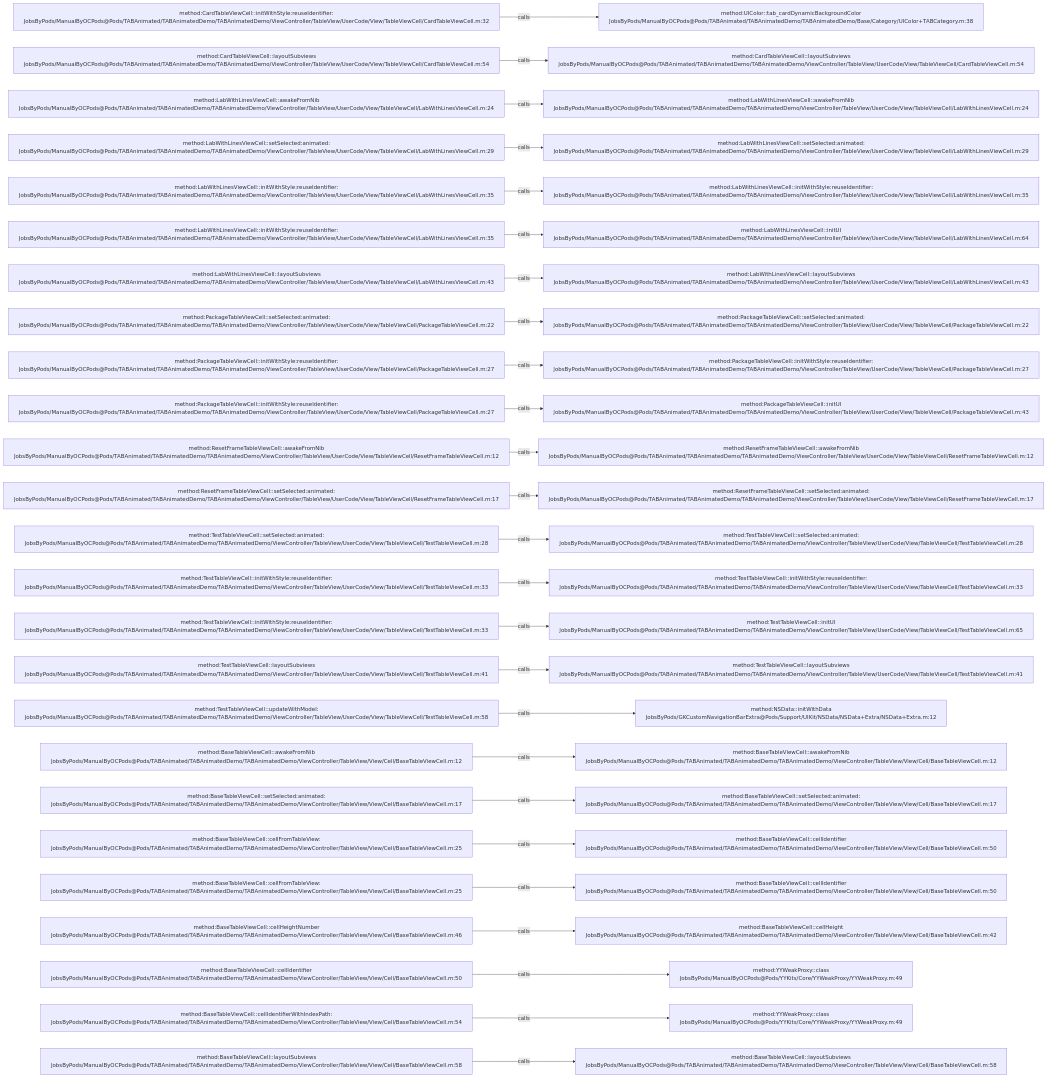
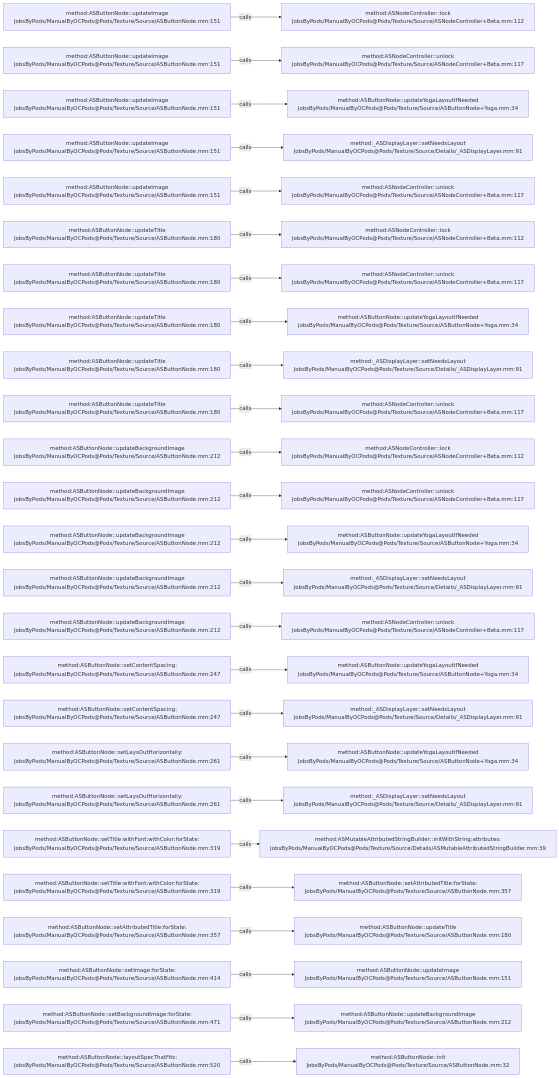
Before and after one commit to JobsKits/JobsOCBaseConfigDemo: the diagram in .codegraph/codegraph.md/graphs/calls-064.md, drawn with Mermaid. The commit also changed 1448 other files, not shown here.

````diff
--- a/.codegraph/codegraph.md/graphs/calls-064.md
+++ b/.codegraph/codegraph.md/graphs/calls-064.md
@@ -13,78 +13,78 @@
 ```mermaid
 flowchart LR
-  S1["method:CardTableViewCell::initWithStyle:reuseIdentifier:<br/>JobsByPods/ManualByOCPods@Pods/TABAnimated/TABAnimatedDemo/TABAnimatedDemo/ViewController/TableView/UserCode/View/TableViewCell/CardTableViewCell.m:32"]
-  T1["method:UIColor::tab_cardDynamicBackgroundColor<br/>JobsByPods/ManualByOCPods@Pods/TABAnimated/TABAnimatedDemo/TABAnimatedDemo/Base/Category/UIColor+TABCategory.m:38"]
+  S1["method:ASButtonNode::updateImage<br/>JobsByPods/ManualByOCPods@Pods/Texture/Source/ASButtonNode.mm:151"]
+  T1["method:ASNodeController::lock<br/>JobsByPods/ManualByOCPods@Pods/Texture/Source/ASNodeController+Beta.mm:112"]
   S1 -->|calls| T1
-  S2["method:CardTableViewCell::layoutSubviews<br/>JobsByPods/ManualByOCPods@Pods/TABAnimated/TABAnimatedDemo/TABAnimatedDemo/ViewController/TableView/UserCode/View/TableViewCell/CardTableViewCell.m:54"]
-  T2["method:CardTableViewCell::layoutSubviews<br/>JobsByPods/ManualByOCPods@Pods/TABAnimated/TABAnimatedDemo/TABAnimatedDemo/ViewController/TableView/UserCode/View/TableViewCell/CardTableViewCell.m:54"]
+  S2["method:ASButtonNode::updateImage<br/>JobsByPods/ManualByOCPods@Pods/Texture/Source/ASButtonNode.mm:151"]
+  T2["method:ASNodeController::unlock<br/>JobsByPods/ManualByOCPods@Pods/Texture/Source/ASNodeController+Beta.mm:117"]
   S2 -->|calls| T2
-  S3["method:LabWithLinesViewCell::awakeFromNib<br/>JobsByPods/ManualByOCPods@Pods/TABAnimated/TABAnimatedDemo/TABAnimatedDemo/ViewController/TableView/UserCode/View/TableViewCell/LabWithLinesViewCell.m:24"]
-  T3["method:LabWithLinesViewCell::awakeFromNib<br/>JobsByPods/ManualByOCPods@Pods/TABAnimated/TABAnimatedDemo/TABAnimatedDemo/ViewController/TableView/UserCode/View/TableViewCell/LabWithLinesViewCell.m:24"]
+  S3["method:ASButtonNode::updateImage<br/>JobsByPods/ManualByOCPods@Pods/Texture/Source/ASButtonNode.mm:151"]
+  T3["method:ASButtonNode::updateYogaLayoutIfNeeded<br/>JobsByPods/ManualByOCPods@Pods/Texture/Source/ASButtonNode+Yoga.mm:34"]
   S3 -->|calls| T3
-  S4["method:LabWithLinesViewCell::setSelected:animated:<br/>JobsByPods/ManualByOCPods@Pods/TABAnimated/TABAnimatedDemo/TABAnimatedDemo/ViewController/TableView/UserCode/View/TableViewCell/LabWithLinesViewCell.m:29"]
-  T4["method:LabWithLinesViewCell::setSelected:animated:<br/>JobsByPods/ManualByOCPods@Pods/TABAnimated/TABAnimatedDemo/TABAnimatedDemo/ViewController/TableView/UserCode/View/TableViewCell/LabWithLinesViewCell.m:29"]
+  S4["method:ASButtonNode::updateImage<br/>JobsByPods/ManualByOCPods@Pods/Texture/Source/ASButtonNode.mm:151"]
+  T4["method:_ASDisplayLayer::setNeedsLayout<br/>JobsByPods/ManualByOCPods@Pods/Texture/Source/Details/_ASDisplayLayer.mm:91"]
   S4 -->|calls| T4
-  S5["method:LabWithLinesViewCell::initWithStyle:reuseIdentifier:<br/>JobsByPods/ManualByOCPods@Pods/TABAnimated/TABAnimatedDemo/TABAnimatedDemo/ViewController/TableView/UserCode/View/TableViewCell/LabWithLinesViewCell.m:35"]
-  T5["method:LabWithLinesViewCell::initWithStyle:reuseIdentifier:<br/>JobsByPods/ManualByOCPods@Pods/TABAnimated/TABAnimatedDemo/TABAnimatedDemo/ViewController/TableView/UserCode/View/TableViewCell/LabWithLinesViewCell.m:35"]
+  S5["method:ASButtonNode::updateImage<br/>JobsByPods/ManualByOCPods@Pods/Texture/Source/ASButtonNode.mm:151"]
+  T5["method:ASNodeController::unlock<br/>JobsByPods/ManualByOCPods@Pods/Texture/Source/ASNodeController+Beta.mm:117"]
   S5 -->|calls| T5
-  S6["method:LabWithLinesViewCell::initWithStyle:reuseIdentifier:<br/>JobsByPods/ManualByOCPods@Pods/TABAnimated/TABAnimatedDemo/TABAnimatedDemo/ViewController/TableView/UserCode/View/TableViewCell/LabWithLinesViewCell.m:35"]
-  T6["method:LabWithLinesViewCell::initUI<br/>JobsByPods/ManualByOCPods@Pods/TABAnimated/TABAnimatedDemo/TABAnimatedDemo/ViewController/TableView/UserCode/View/TableViewCell/LabWithLinesViewCell.m:64"]
+  S6["method:ASButtonNode::updateTitle<br/>JobsByPods/ManualByOCPods@Pods/Texture/Source/ASButtonNode.mm:180"]
+  T6["method:ASNodeController::lock<br/>JobsByPods/ManualByOCPods@Pods/Texture/Source/ASNodeController+Beta.mm:112"]
   S6 -->|calls| T6
-  S7["method:LabWithLinesViewCell::layoutSubviews<br/>JobsByPods/ManualByOCPods@Pods/TABAnimated/TABAnimatedDemo/TABAnimatedDemo/ViewController/TableView/UserCode/View/TableViewCell/LabWithLinesViewCell.m:43"]
-  T7["method:LabWithLinesViewCell::layoutSubviews<br/>JobsByPods/ManualByOCPods@Pods/TABAnimated/TABAnimatedDemo/TABAnimatedDemo/ViewController/TableView/UserCode/View/TableViewCell/LabWithLinesViewCell.m:43"]
+  S7["method:ASButtonNode::updateTitle<br/>JobsByPods/ManualByOCPods@Pods/Texture/Source/ASButtonNode.mm:180"]
+  T7["method:ASNodeController::unlock<br/>JobsByPods/ManualByOCPods@Pods/Texture/Source/ASNodeController+Beta.mm:117"]
   S7 -->|calls| T7
-  S8["method:PackageTableViewCell::setSelected:animated:<br/>JobsByPods/ManualByOCPods@Pods/TABAnimated/TABAnimatedDemo/TABAnimatedDemo/ViewController/TableView/UserCode/View/TableViewCell/PackageTableViewCell.m:22"]
-  T8["method:PackageTableViewCell::setSelected:animated:<br/>JobsByPods/ManualByOCPods@Pods/TABAnimated/TABAnimatedDemo/TABAnimatedDemo/ViewController/TableView/UserCode/View/TableViewCell/PackageTableViewCell.m:22"]
+  S8["method:ASButtonNode::updateTitle<br/>JobsByPods/ManualByOCPods@Pods/Texture/Source/ASButtonNode.mm:180"]
+  T8["method:ASButtonNode::updateYogaLayoutIfNeeded<br/>JobsByPods/ManualByOCPods@Pods/Texture/Source/ASButtonNode+Yoga.mm:34"]
   S8 -->|calls| T8
-  S9["method:PackageTableViewCell::initWithStyle:reuseIdentifier:<br/>JobsByPods/ManualByOCPods@Pods/TABAnimated/TABAnimatedDemo/TABAnimatedDemo/ViewController/TableView/UserCode/View/TableViewCell/PackageTableViewCell.m:27"]
-  T9["method:PackageTableViewCell::initWithStyle:reuseIdentifier:<br/>JobsByPods/ManualByOCPods@Pods/TABAnimated/TABAnimatedDemo/TABAnimatedDemo/ViewController/TableView/UserCode/View/TableViewCell/PackageTableViewCell.m:27"]
+  S9["method:ASButtonNode::updateTitle<br/>JobsByPods/ManualByOCPods@Pods/Texture/Source/ASButtonNode.mm:180"]
+  T9["method:_ASDisplayLayer::setNeedsLayout<br/>JobsByPods/ManualByOCPods@Pods/Texture/Source/Details/_ASDisplayLayer.mm:91"]
   S9 -->|calls| T9
-  S10["method:PackageTableViewCell::initWithStyle:reuseIdentifier:<br/>JobsByPods/ManualByOCPods@Pods/TABAnimated/TABAnimatedDemo/TABAnimatedDemo/ViewController/TableView/UserCode/View/TableViewCell/PackageTableViewCell.m:27"]
-  T10["method:PackageTableViewCell::initUI<br/>JobsByPods/ManualByOCPods@Pods/TABAnimated/TABAnimatedDemo/TABAnimatedDemo/ViewController/TableView/UserCode/View/TableViewCell/PackageTableViewCell.m:43"]
+  S10["method:ASButtonNode::updateTitle<br/>JobsByPods/ManualByOCPods@Pods/Texture/Source/ASButtonNode.mm:180"]
+  T10["method:ASNodeController::unlock<br/>JobsByPods/ManualByOCPods@Pods/Texture/Source/ASNodeController+Beta.mm:117"]
   S10 -->|calls| T10
-  S11["method:ResetFrameTableViewCell::awakeFromNib<br/>JobsByPods/ManualByOCPods@Pods/TABAnimated/TABAnimatedDemo/TABAnimatedDemo/ViewController/TableView/UserCode/View/TableViewCell/ResetFrameTableViewCell.m:12"]
-  T11["method:ResetFrameTableViewCell::awakeFromNib<br/>JobsByPods/ManualByOCPods@Pods/TABAnimated/TABAnimatedDemo/TABAnimatedDemo/ViewController/TableView/UserCode/View/TableViewCell/ResetFrameTableViewCell.m:12"]
+  S11["method:ASButtonNode::updateBackgroundImage<br/>JobsByPods/ManualByOCPods@Pods/Texture/Source/ASButtonNode.mm:212"]
+  T11["method:ASNodeController::lock<br/>JobsByPods/ManualByOCPods@Pods/Texture/Source/ASNodeController+Beta.mm:112"]
   S11 -->|calls| T11
-  S12["method:ResetFrameTableViewCell::setSelected:animated:<br/>JobsByPods/ManualByOCPods@Pods/TABAnimated/TABAnimatedDemo/TABAnimatedDemo/ViewController/TableView/UserCode/View/TableViewCell/ResetFrameTableViewCell.m:17"]
-  T12["method:ResetFrameTableViewCell::setSelected:animated:<br/>JobsByPods/ManualByOCPods@Pods/TABAnimated/TABAnimatedDemo/TABAnimatedDemo/ViewController/TableView/UserCode/View/TableViewCell/ResetFrameTableViewCell.m:17"]
+  S12["method:ASButtonNode::updateBackgroundImage<br/>JobsByPods/ManualByOCPods@Pods/Texture/Source/ASButtonNode.mm:212"]
+  T12["method:ASNodeController::unlock<br/>JobsByPods/ManualByOCPods@Pods/Texture/Source/ASNodeController+Beta.mm:117"]
   S12 -->|calls| T12
-  S13["method:TestTableViewCell::setSelected:animated:<br/>JobsByPods/ManualByOCPods@Pods/TABAnimated/TABAnimatedDemo/TABAnimatedDemo/ViewController/TableView/UserCode/View/TableViewCell/TestTableViewCell.m:28"]
-  T13["method:TestTableViewCell::setSelected:animated:<br/>JobsByPods/ManualByOCPods@Pods/TABAnimated/TABAnimatedDemo/TABAnimatedDemo/ViewController/TableView/UserCode/View/TableViewCell/TestTableViewCell.m:28"]
+  S13["method:ASButtonNode::updateBackgroundImage<br/>JobsByPods/ManualByOCPods@Pods/Texture/Source/ASButtonNode.mm:212"]
+  T13["method:ASButtonNode::updateYogaLayoutIfNeeded<br/>JobsByPods/ManualByOCPods@Pods/Texture/Source/ASButtonNode+Yoga.mm:34"]
   S13 -->|calls| T13
-  S14["method:TestTableViewCell::initWithStyle:reuseIdentifier:<br/>JobsByPods/ManualByOCPods@Pods/TABAnimated/TABAnimatedDemo/TABAnimatedDemo/ViewController/TableView/UserCode/View/TableViewCell/TestTableViewCell.m:33"]
-  T14["method:TestTableViewCell::initWithStyle:reuseIdentifier:<br/>JobsByPods/ManualByOCPods@Pods/TABAnimated/TABAnimatedDemo/TABAnimatedDemo/ViewController/TableView/UserCode/View/TableViewCell/TestTableViewCell.m:33"]
+  S14["method:ASButtonNode::updateBackgroundImage<br/>JobsByPods/ManualByOCPods@Pods/Texture/Source/ASButtonNode.mm:212"]
+  T14["method:_ASDisplayLayer::setNeedsLayout<br/>JobsByPods/ManualByOCPods@Pods/Texture/Source/Details/_ASDisplayLayer.mm:91"]
   S14 -->|calls| T14
-  S15["method:TestTableViewCell::initWithStyle:reuseIdentifier:<br/>JobsByPods/ManualByOCPods@Pods/TABAnimated/TABAnimatedDemo/TABAnimatedDemo/ViewController/TableView/UserCode/View/TableViewCell/TestTableViewCell.m:33"]
-  T15["method:TestTableViewCell::initUI<br/>JobsByPods/ManualByOCPods@Pods/TABAnimated/TABAnimatedDemo/TABAnimatedDemo/ViewController/TableView/UserCode/View/TableViewCell/TestTableViewCell.m:65"]
+  S15["method:ASButtonNode::updateBackgroundImage<br/>JobsByPods/ManualByOCPods@Pods/Texture/Source/ASButtonNode.mm:212"]
+  T15["method:ASNodeController::unlock<br/>JobsByPods/ManualByOCPods@Pods/Texture/Source/ASNodeController+Beta.mm:117"]
   S15 -->|calls| T15
-  S16["method:TestTableViewCell::layoutSubviews<br/>JobsByPods/ManualByOCPods@Pods/TABAnimated/TABAnimatedDemo/TABAnimatedDemo/ViewController/TableView/UserCode/View/TableViewCell/TestTableViewCell.m:41"]
-  T16["method:TestTableViewCell::layoutSubviews<br/>JobsByPods/ManualByOCPods@Pods/TABAnimated/TABAnimatedDemo/TABAnimatedDemo/ViewController/TableView/UserCode/View/TableViewCell/TestTableViewCell.m:41"]
+  S16["method:ASButtonNode::setContentSpacing:<br/>JobsByPods/ManualByOCPods@Pods/Texture/Source/ASButtonNode.mm:247"]
+  T16["method:ASButtonNode::updateYogaLayoutIfNeeded<br/>JobsByPods/ManualByOCPods@Pods/Texture/Source/ASButtonNode+Yoga.mm:34"]
   S16 -->|calls| T16
-  S17["method:TestTableViewCell::updateWithModel:<br/>JobsByPods/ManualByOCPods@Pods/TABAnimated/TABAnimatedDemo/TABAnimatedDemo/ViewController/TableView/UserCode/View/TableViewCell/TestTableViewCell.m:58"]
-  T17["method:NSData::initWithData<br/>JobsByPods/GKCustomNavigationBarExtra@Pods/Support/UIKit/NSData/NSData+Extra/NSData+Extra.m:12"]
+  S17["method:ASButtonNode::setContentSpacing:<br/>JobsByPods/ManualByOCPods@Pods/Texture/Source/ASButtonNode.mm:247"]
+  T17["method:_ASDisplayLayer::setNeedsLayout<br/>JobsByPods/ManualByOCPods@Pods/Texture/Source/Details/_ASDisplayLayer.mm:91"]
   S17 -->|calls| T17
-  S18["method:BaseTableViewCell::awakeFromNib<br/>JobsByPods/ManualByOCPods@Pods/TABAnimated/TABAnimatedDemo/TABAnimatedDemo/ViewController/TableView/View/Cell/BaseTableViewCell.m:12"]
-  T18["method:BaseTableViewCell::awakeFromNib<br/>JobsByPods/ManualByOCPods@Pods/TABAnimated/TABAnimatedDemo/TABAnimatedDemo/ViewController/TableView/View/Cell/BaseTableViewCell.m:12"]
+  S18["method:ASButtonNode::setLaysOutHorizontally:<br/>JobsByPods/ManualByOCPods@Pods/Texture/Source/ASButtonNode.mm:261"]
+  T18["method:ASButtonNode::updateYogaLayoutIfNeeded<br/>JobsByPods/ManualByOCPods@Pods/Texture/Source/ASButtonNode+Yoga.mm:34"]
   S18 -->|calls| T18
-  S19["method:BaseTableViewCell::setSelected:animated:<br/>JobsByPods/ManualByOCPods@Pods/TABAnimated/TABAnimatedDemo/TABAnimatedDemo/ViewController/TableView/View/Cell/BaseTableViewCell.m:17"]
-  T19["method:BaseTableViewCell::setSelected:animated:<br/>JobsByPods/ManualByOCPods@Pods/TABAnimated/TABAnimatedDemo/TABAnimatedDemo/ViewController/TableView/View/Cell/BaseTableViewCell.m:17"]
+  S19["method:ASButtonNode::setLaysOutHorizontally:<br/>JobsByPods/ManualByOCPods@Pods/Texture/Source/ASButtonNode.mm:261"]
+  T19["method:_ASDisplayLayer::setNeedsLayout<br/>JobsByPods/ManualByOCPods@Pods/Texture/Source/Details/_ASDisplayLayer.mm:91"]
   S19 -->|calls| T19
-  S20["method:BaseTableViewCell::cellFromTableView:<br/>JobsByPods/ManualByOCPods@Pods/TABAnimated/TABAnimatedDemo/TABAnimatedDemo/ViewController/TableView/View/Cell/BaseTableViewCell.m:25"]
-  T20["method:BaseTableViewCell::cellIdentifier<br/>JobsByPods/ManualByOCPods@Pods/TABAnimated/TABAnimatedDemo/TABAnimatedDemo/ViewController/TableView/View/Cell/BaseTableViewCell.m:50"]
+  S20["method:ASButtonNode::setTitle:withFont:withColor:forState:<br/>JobsByPods/ManualByOCPods@Pods/Texture/Source/ASButtonNode.mm:319"]
+  T20["method:ASMutableAttributedStringBuilder::initWithString:attributes:<br/>JobsByPods/ManualByOCPods@Pods/Texture/Source/Details/ASMutableAttributedStringBuilder.mm:39"]
   S20 -->|calls| T20
-  S21["method:BaseTableViewCell::cellFromTableView:<br/>JobsByPods/ManualByOCPods@Pods/TABAnimated/TABAnimatedDemo/TABAnimatedDemo/ViewController/TableView/View/Cell/BaseTableViewCell.m:25"]
-  T21["method:BaseTableViewCell::cellIdentifier<br/>JobsByPods/ManualByOCPods@Pods/TABAnimated/TABAnimatedDemo/TABAnimatedDemo/ViewController/TableView/View/Cell/BaseTableViewCell.m:50"]
+  S21["method:ASButtonNode::setTitle:withFont:withColor:forState:<br/>JobsByPods/ManualByOCPods@Pods/Texture/Source/ASButtonNode.mm:319"]
+  T21["method:ASButtonNode::setAttributedTitle:forState:<br/>JobsByPods/ManualByOCPods@Pods/Texture/Source/ASButtonNode.mm:357"]
   S21 -->|calls| T21
-  S22["method:BaseTableViewCell::cellHeightNumber<br/>JobsByPods/ManualByOCPods@Pods/TABAnimated/TABAnimatedDemo/TABAnimatedDemo/ViewController/TableView/View/Cell/BaseTableViewCell.m:46"]
-  T22["method:BaseTableViewCell::cellHeight<br/>JobsByPods/ManualByOCPods@Pods/TABAnimated/TABAnimatedDemo/TABAnimatedDemo/ViewController/TableView/View/Cell/BaseTableViewCell.m:42"]
+  S22["method:ASButtonNode::setAttributedTitle:forState:<br/>JobsByPods/ManualByOCPods@Pods/Texture/Source/ASButtonNode.mm:357"]
+  T22["method:ASButtonNode::updateTitle<br/>JobsByPods/ManualByOCPods@Pods/Texture/Source/ASButtonNode.mm:180"]
   S22 -->|calls| T22
-  S23["method:BaseTableViewCell::cellIdentifier<br/>JobsByPods/ManualByOCPods@Pods/TABAnimated/TABAnimatedDemo/TABAnimatedDemo/ViewController/TableView/View/Cell/BaseTableViewCell.m:50"]
-  T23["method:YYWeakProxy::class<br/>JobsByPods/ManualByOCPods@Pods/YYKits/Core/YYWeakProxy/YYWeakProxy.m:49"]
+  S23["method:ASButtonNode::setImage:forState:<br/>JobsByPods/ManualByOCPods@Pods/Texture/Source/ASButtonNode.mm:414"]
+  T23["method:ASButtonNode::updateImage<br/>JobsByPods/ManualByOCPods@Pods/Texture/Source/ASButtonNode.mm:151"]
   S23 -->|calls| T23
-  S24["method:BaseTableViewCell::cellIdentifierWithIndexPath:<br/>JobsByPods/ManualByOCPods@Pods/TABAnimated/TABAnimatedDemo/TABAnimatedDemo/ViewController/TableView/View/Cell/BaseTableViewCell.m:54"]
-  T24["method:YYWeakProxy::class<br/>JobsByPods/ManualByOCPods@Pods/YYKits/Core/YYWeakProxy/YYWeakProxy.m:49"]
+  S24["method:ASButtonNode::setBackgroundImage:forState:<br/>JobsByPods/ManualByOCPods@Pods/Texture/Source/ASButtonNode.mm:471"]
+  T24["method:ASButtonNode::updateBackgroundImage<br/>JobsByPods/ManualByOCPods@Pods/Texture/Source/ASButtonNode.mm:212"]
   S24 -->|calls| T24
-  S25["method:BaseTableViewCell::layoutSubviews<br/>JobsByPods/ManualByOCPods@Pods/TABAnimated/TABAnimatedDemo/TABAnimatedDemo/ViewController/TableView/View/Cell/BaseTableViewCell.m:58"]
-  T25["method:BaseTableViewCell::layoutSubviews<br/>JobsByPods/ManualByOCPods@Pods/TABAnimated/TABAnimatedDemo/TABAnimatedDemo/ViewController/TableView/View/Cell/BaseTableViewCell.m:58"]
+  S25["method:ASButtonNode::layoutSpecThatFits:<br/>JobsByPods/ManualByOCPods@Pods/Texture/Source/ASButtonNode.mm:520"]
+  T25["method:ASButtonNode::init<br/>JobsByPods/ManualByOCPods@Pods/Texture/Source/ASButtonNode.mm:32"]
   S25 -->|calls| T25
 ```
````
